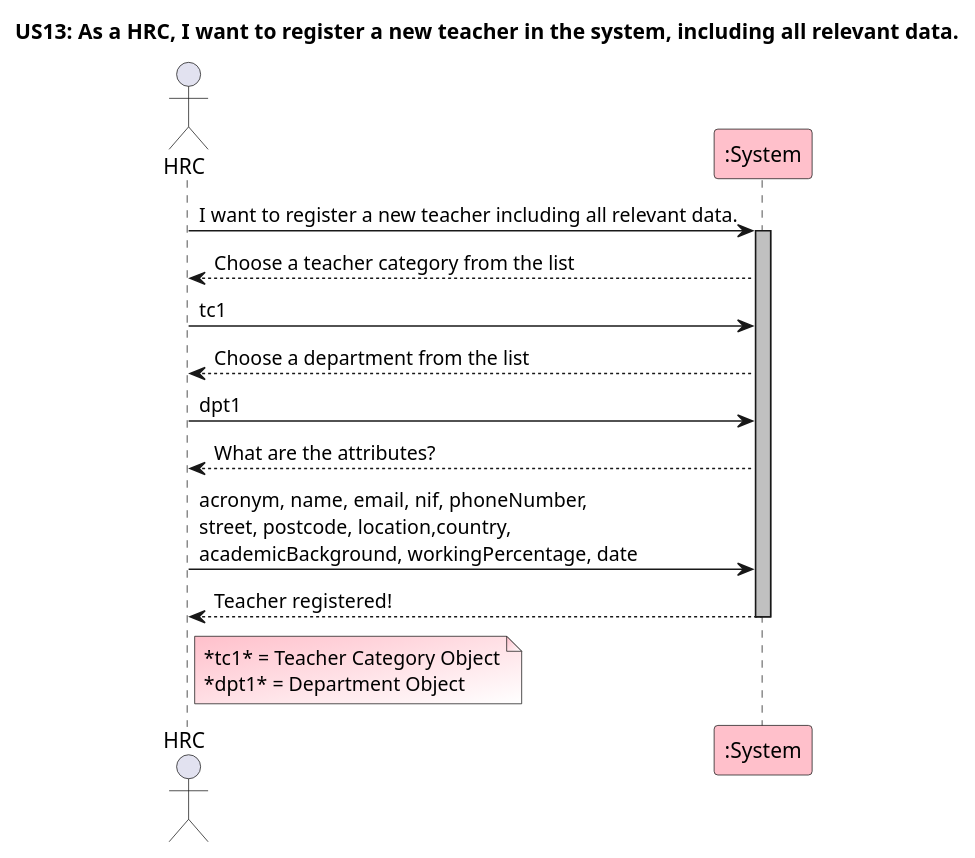
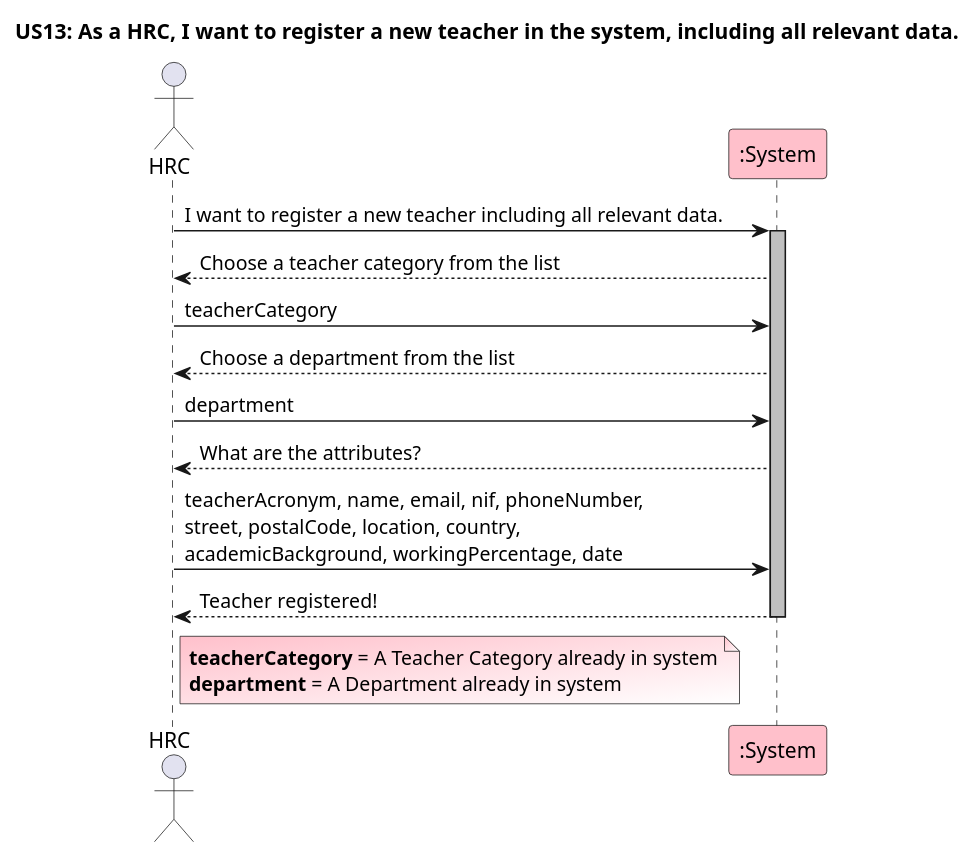
Before and after one commit to GasparISEP/DevOps-PAI: the diagram in docs/US13/US13_RegisterNewTeacherIncludingAllRelevantData_SSD.puml, drawn with PlantUML. The commit also changed 2 other files, not shown here.

Commit message:
Updated US13 diagrams with new considerations. (Ref #213)

```diff
--- a/docs/US13/US13_RegisterNewTeacherIncludingAllRelevantData_SSD.puml
+++ b/docs/US13/US13_RegisterNewTeacherIncludingAllRelevantData_SSD.puml
@@ -1,24 +1,24 @@
 @startuml
 
 title US13: As a HRC, I want to register a new teacher in the system, including all relevant data.
 
 actor HRC
 participant ":System" as System #Pink
 
-HRC -> System: I want to register a new teacher including all relevant data.
+HRC -> System: I want to register a new teacher including all relevant data.\t
 activate System #silver
 System --> HRC: Choose a teacher category from the list
-HRC -> System: tc1
+HRC -> System: teacherCategory
 System --> HRC: Choose a department from the list
-HRC -> System: dpt1
+HRC -> System: department
 System --> HRC: What are the attributes?
-HRC -> System: acronym, name, email, nif, phoneNumber,\nstreet, postcode, location,country,\nacademicBackground, workingPercentage, date
+HRC -> System: teacherAcronym, name, email, nif, phoneNumber,\nstreet, postalCode, location, country,\nacademicBackground, workingPercentage, date
 System --> HRC: Teacher registered!
 deactivate System
 
 
 Note Right HRC #Pink/White
-    *tc1* = Teacher Category Object
-    *dpt1* = Department Object
+    **teacherCategory** = A Teacher Category already in system
+    **department** = A Department already in system
 End Note
 @enduml
```
